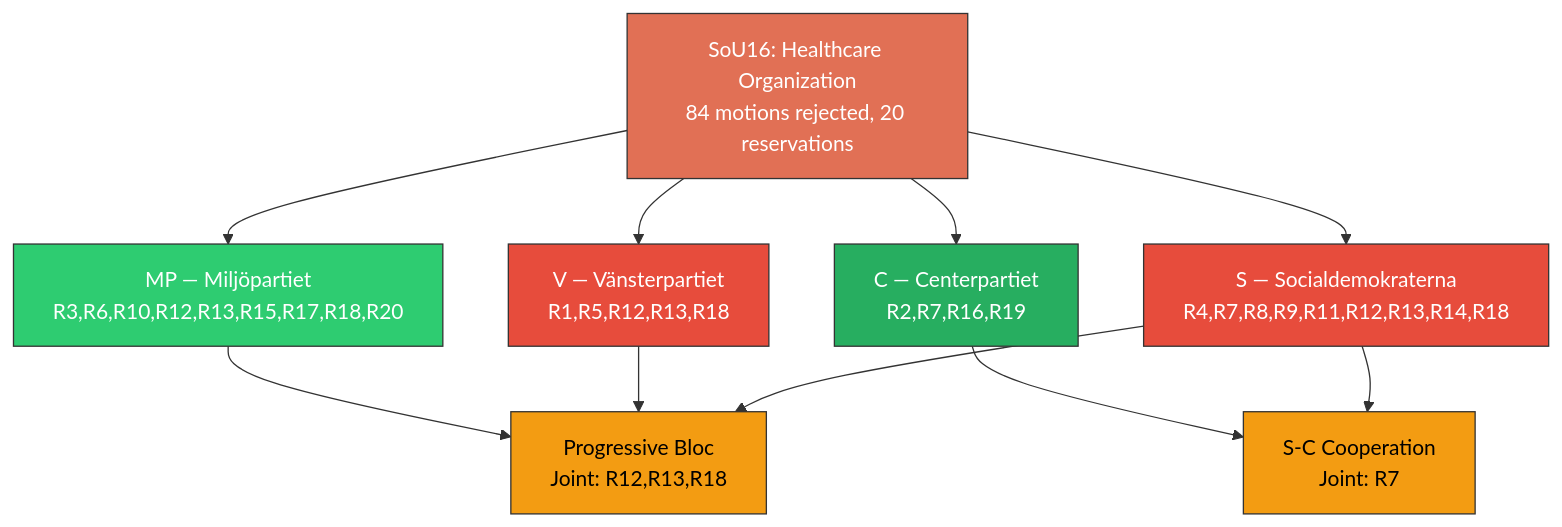
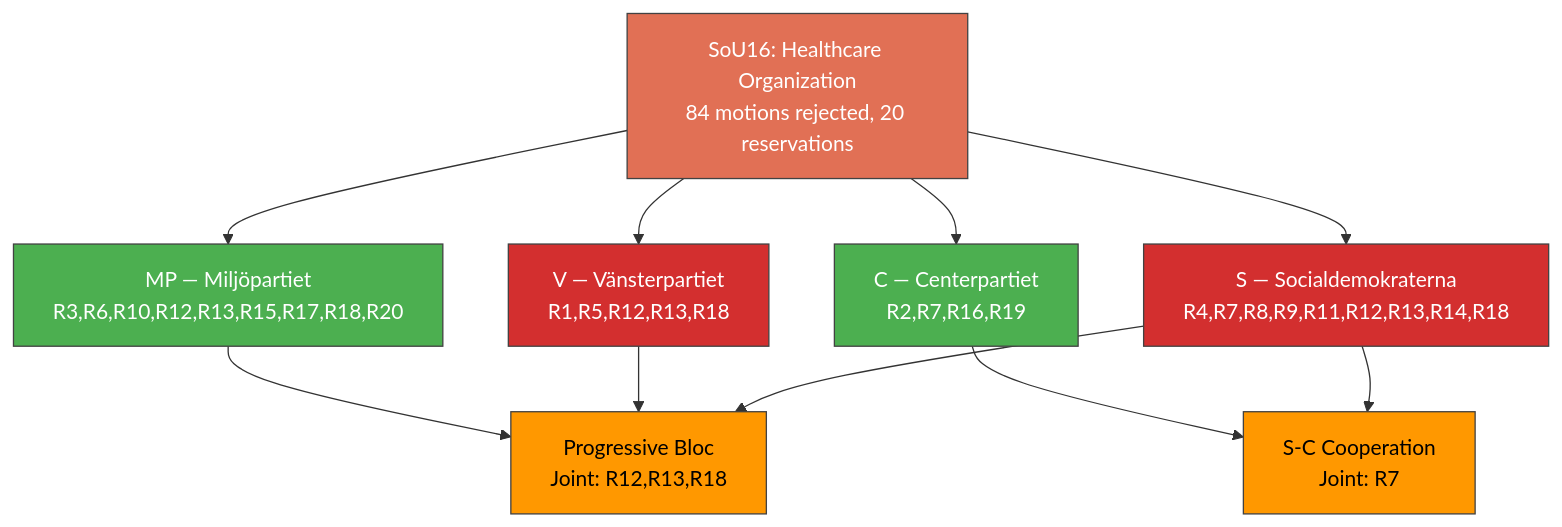
One commit to Hack23/riksdagsmonitor changed the diagram in analysis/daily/2026-04-01/committeeReports/documents/hd01sou16-analysis.md. Above: the diagram before and after it, drawn with Mermaid. The commit also changed 785 other files, not shown here.

First line of the commit message:
Normalize mermaid colors across 786 analysis artifacts to ISMS Style Guide palette

````diff
--- a/analysis/daily/2026-04-01/committeeReports/documents/hd01sou16-analysis.md
+++ b/analysis/daily/2026-04-01/committeeReports/documents/hd01sou16-analysis.md
@@ -63,18 +63,18 @@
 ```mermaid
 flowchart TD
     A[SoU16: Healthcare Organization<br/>84 motions rejected, 20 reservations]:::committee
     A --> B[S — Socialdemokraterna<br/>R4,R7,R8,R9,R11,R12,R13,R14,R18]:::sParty
     A --> C[V — Vänsterpartiet<br/>R1,R5,R12,R13,R18]:::vParty
     A --> D[C — Centerpartiet<br/>R2,R7,R16,R19]:::cParty
     A --> E[MP — Miljöpartiet<br/>R3,R6,R10,R12,R13,R15,R17,R18,R20]:::mpParty
     
     B & C & E --> F[Progressive Bloc<br/>Joint: R12,R13,R18]:::joint
     B & D --> G[S-C Cooperation<br/>Joint: R7]:::joint
     
-    classDef committee fill:#e17055,stroke:#333,color:#fff
-    classDef sParty fill:#e74c3c,stroke:#333,color:#fff
-    classDef vParty fill:#e74c3c,stroke:#333,color:#fff
-    classDef cParty fill:#27ae60,stroke:#333,color:#fff
-    classDef mpParty fill:#2ecc71,stroke:#333,color:#fff
-    classDef joint fill:#f39c12,stroke:#333,color:#000
+    classDef committee fill:#e17055,stroke:#424242,color:#FFFFFF
+    classDef sParty fill:#D32F2F,stroke:#424242,color:#FFFFFF
+    classDef vParty fill:#D32F2F,stroke:#424242,color:#FFFFFF
+    classDef cParty fill:#4CAF50,stroke:#424242,color:#FFFFFF
+    classDef mpParty fill:#4CAF50,stroke:#424242,color:#FFFFFF
+    classDef joint fill:#FF9800,stroke:#424242,color:#000000
 ```
````
